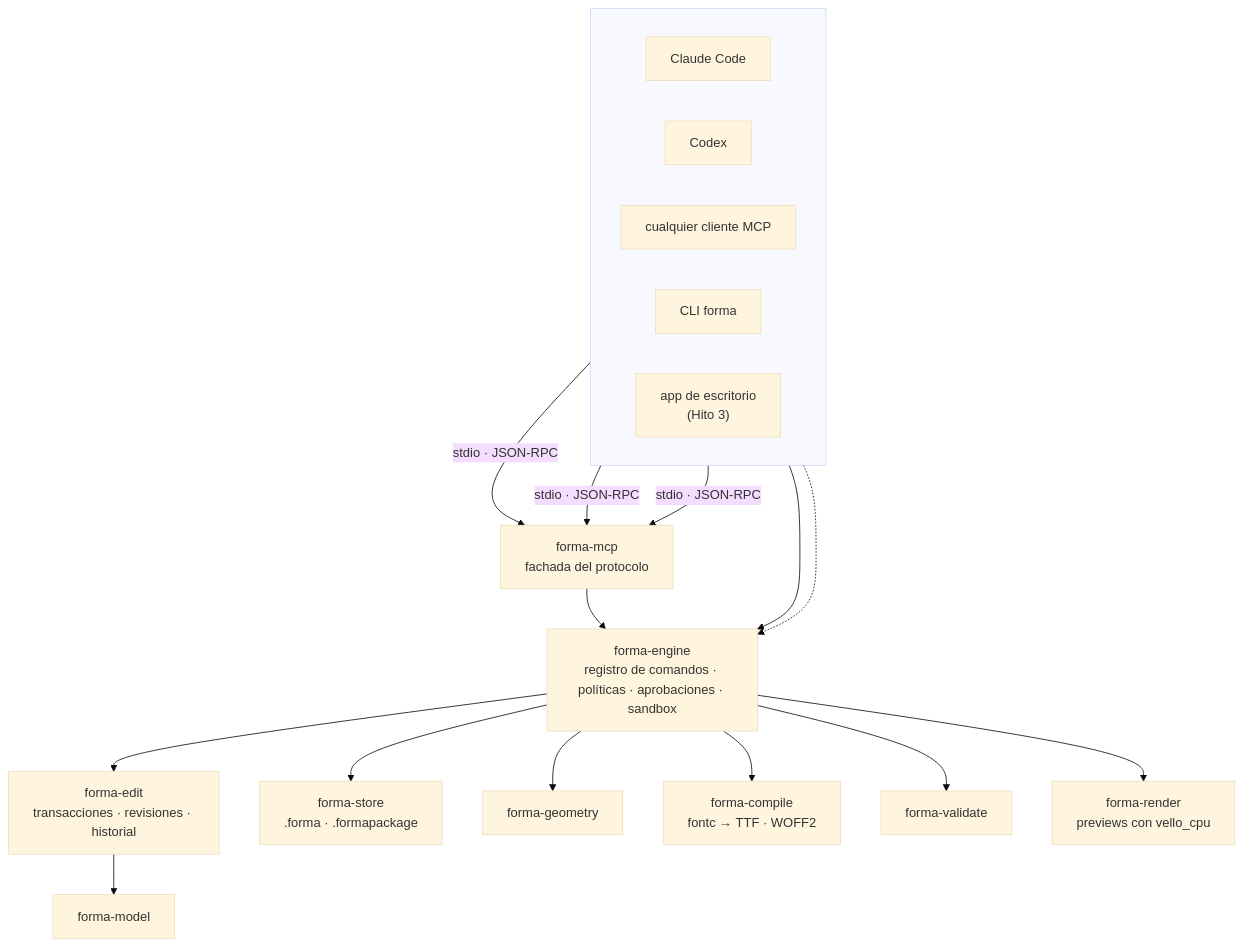
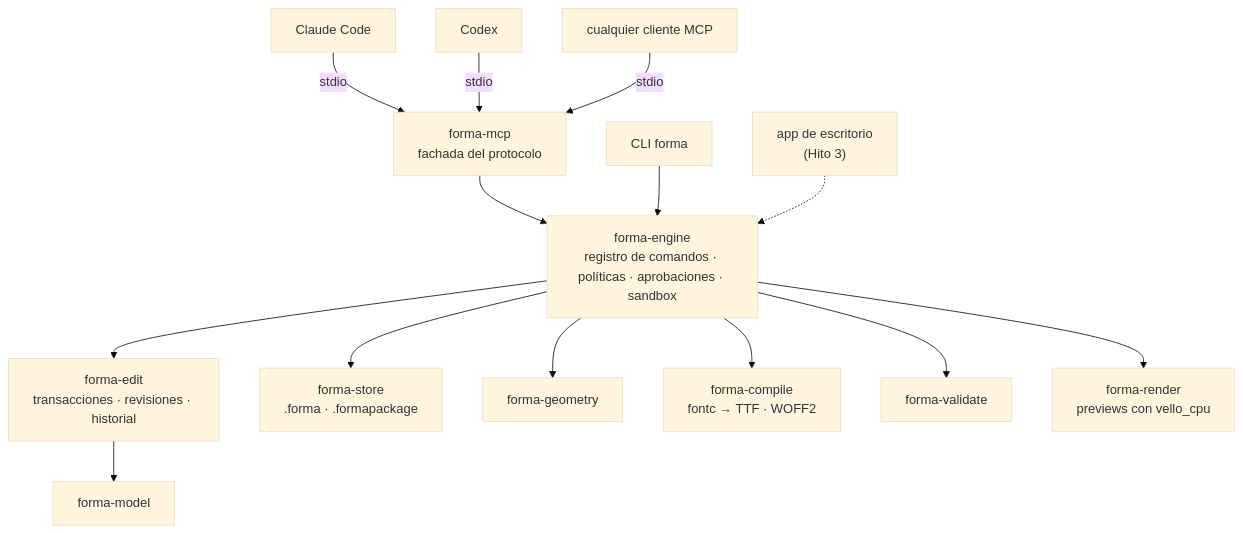
The first of 2 diagrams in README.es.md (luisfarfan/forma), drawn with Mermaid (base theme) before and after one commit. The commit also changed other lines of this file and 1 other file, not shown here.

Commit message:
docs(readme): use GitHub-safe mermaid syntax and a shorter quick-start path

````diff
--- a/README.es.md
+++ b/README.es.md
@@ -125,25 +125,16 @@
 ```mermaid
 flowchart TB
-  subgraph clients [" "]
-    direction LR
-    CC["Claude Code"]
-    CX["Codex"]
-    ANY["cualquier cliente MCP"]
-    CLI["CLI forma"]
-    APP["app de escritorio<br/>(Hito 3)"]
-  end
-
-  CC & CX & ANY -- "stdio · JSON-RPC" --> MCP["forma-mcp<br/>fachada del protocolo"]
-  MCP --> ENG
-  CLI --> ENG
-  APP -.-> ENG
-
-  ENG["forma-engine<br/>registro de comandos · políticas · aprobaciones · sandbox"]
-  ENG --> EDIT["forma-edit<br/>transacciones · revisiones · historial"]
+  CC["Claude Code"] -->|stdio| MCP
+  CX["Codex"] -->|stdio| MCP
+  ANY["cualquier cliente MCP"] -->|stdio| MCP
+  MCP["forma-mcp<br/>fachada del protocolo"] --> ENG
+  CLI["CLI forma"] --> ENG
+  APP["app de escritorio<br/>(Hito 3)"] -.-> ENG
+  ENG["forma-engine<br/>registro de comandos · políticas · aprobaciones · sandbox"] --> EDIT["forma-edit<br/>transacciones · revisiones · historial"]
   EDIT --> MODEL["forma-model"]
   ENG --> STORE["forma-store<br/>.forma · .formapackage"]
   ENG --> GEO["forma-geometry"]
   ENG --> COMP["forma-compile<br/>fontc → TTF · WOFF2"]
   ENG --> VAL["forma-validate"]
   ENG --> REND["forma-render<br/>previews con vello_cpu"]
 ```
````
